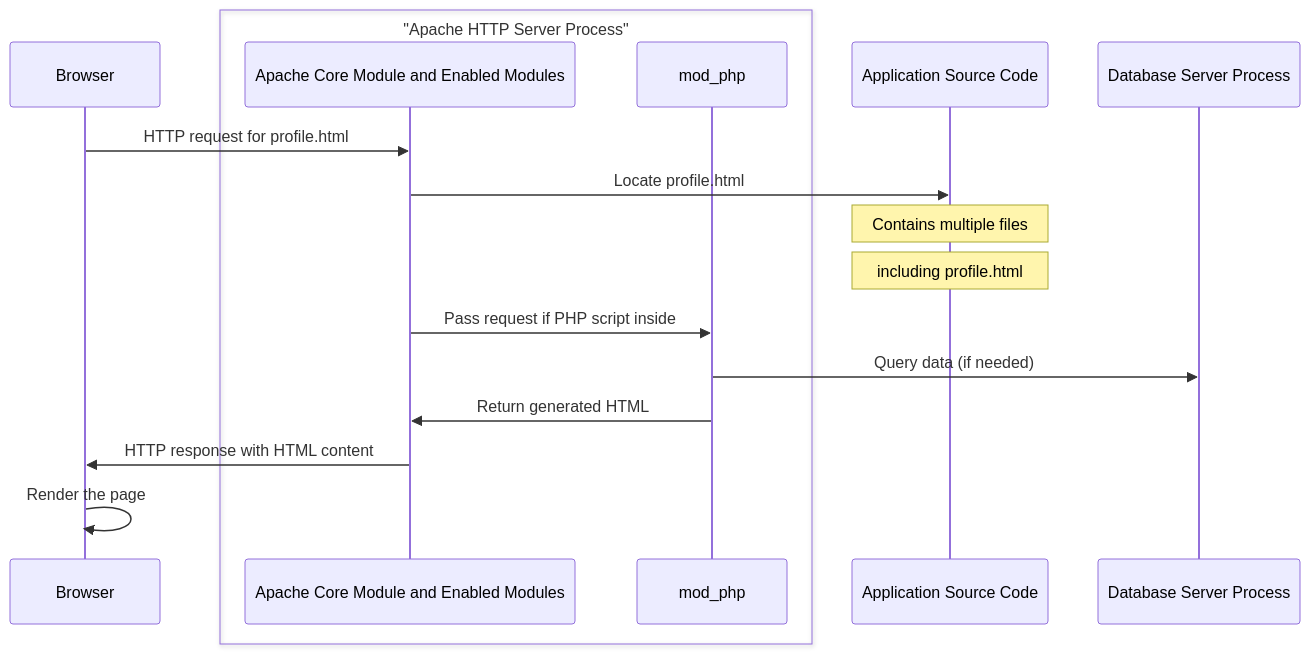
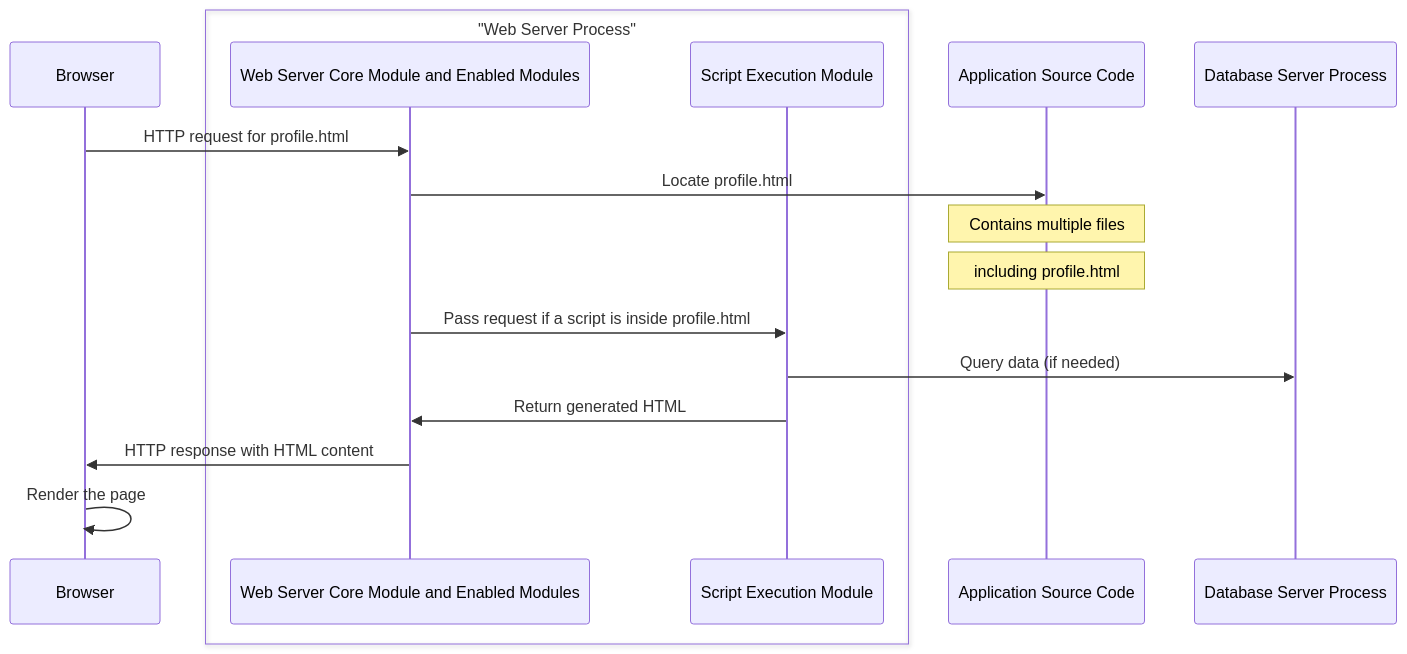
Before and after one commit to bytejutsu/report: the third of 4 diagrams in part_2_understanding_web_applications/chapter_2_introduction_to_web_applications/2_web_server.md, drawn with Mermaid. The commit also changed other lines of this file and 1 other file, not shown here.

Commit message:
improvements to the web_server section

````diff
--- a/part_2_understanding_web_applications/chapter_2_introduction_to_web_applications/2_web_server.md
+++ b/part_2_understanding_web_applications/chapter_2_introduction_to_web_applications/2_web_server.md
@@ -103,19 +148,21 @@
 ```mermaid
+
 sequenceDiagram
-participant Browser
-box "Apache HTTP Server Process"
-participant Apache as Apache Core Module and Enabled Modules
-participant mod_php
-end
-participant ASC as Application Source Code
-participant Database as Database Server Process
-Browser->>Apache: HTTP request for profile.html
-Apache->>ASC: Locate profile.html
-Note over ASC: Contains multiple files
-Note over ASC: including profile.html
-Apache->>mod_php: Pass request if PHP script inside
-mod_php->>Database: Query data (if needed)
-mod_php->>Apache: Return generated HTML
-Apache->>Browser: HTTP response with HTML content
-Browser->>Browser: Render the page
+    participant Browser
+    box "Web Server Process"
+        participant WebServer as Web Server Core Module and Enabled Modules
+        participant SEM as Script Execution Module
+    end
+    participant ASC as Application Source Code
+    participant Database as Database Server Process
+    Browser->>WebServer: HTTP request for profile.html
+    WebServer->>ASC: Locate profile.html
+    Note over ASC: Contains multiple files
+    Note over ASC: including profile.html
+    WebServer->>SEM: Pass request if a script is inside profile.html
+    SEM->>Database: Query data (if needed)
+    SEM->>WebServer: Return generated HTML
+    WebServer->>Browser: HTTP response with HTML content
+    Browser->>Browser: Render the page
+    
 ```
````
